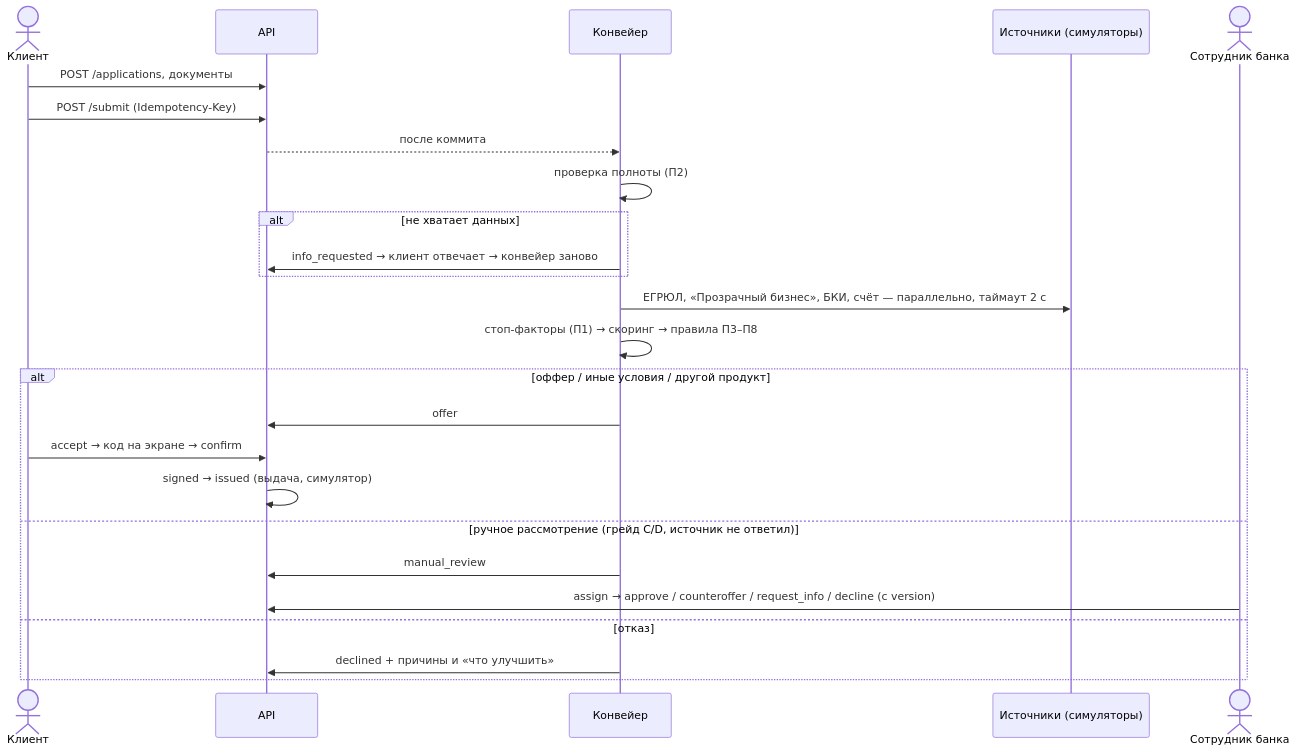
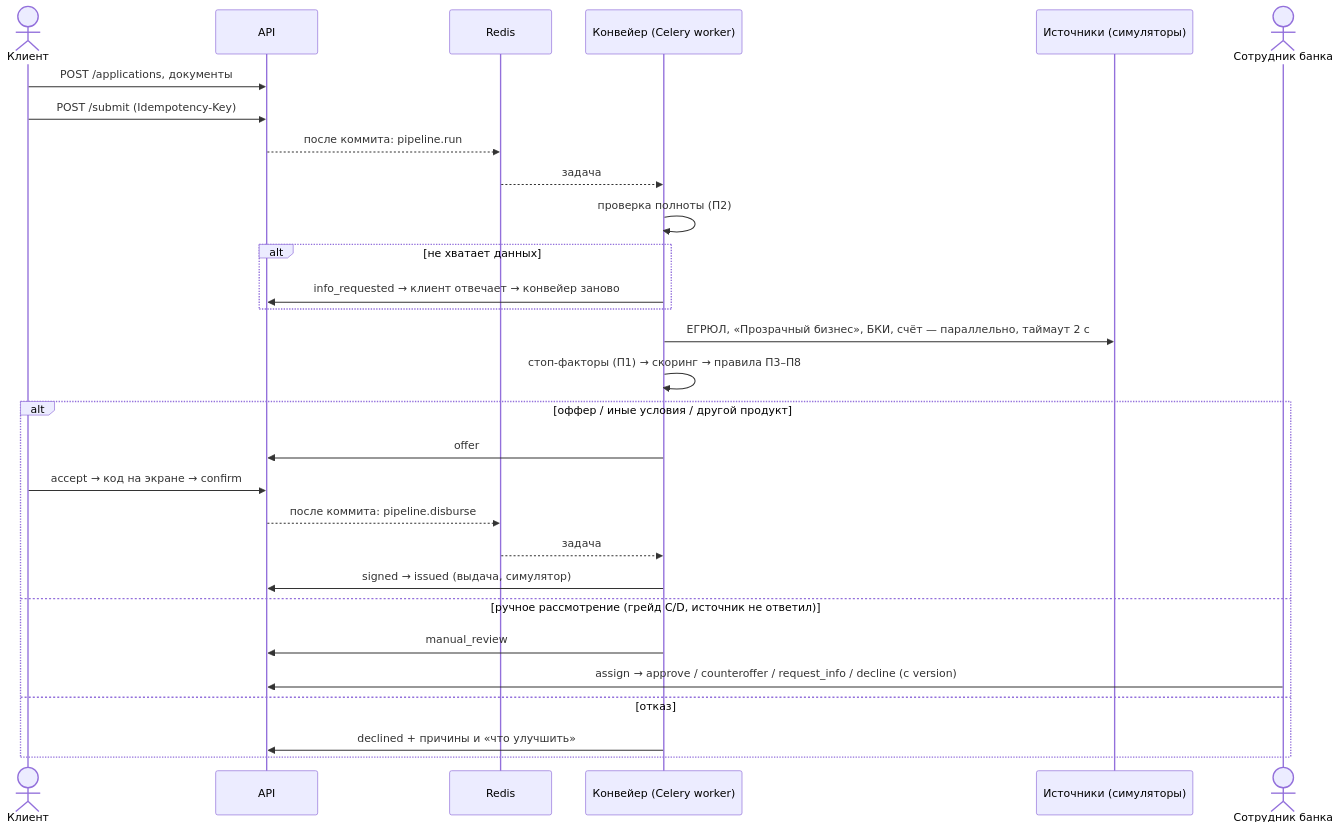
Before and after one commit to korol1dorogi/AFFASHPAK: the third of 4 diagrams in docs/architecture.md, drawn with Mermaid. The commit also changed other lines of this file, not shown here.

Commit message:
architecture.md: worker and Redis in the diagrams, the pipeline decision updated (OPS4)

````diff
--- a/docs/architecture.md
+++ b/docs/architecture.md
@@ -85,27 +92,31 @@
 ```mermaid
 sequenceDiagram
     actor C as Клиент
     participant A as API
-    participant P as Конвейер
+    participant R as Redis
+    participant P as Конвейер (Celery worker)
     participant S as Источники (симуляторы)
     actor B as Сотрудник банка
     C->>A: POST /applications, документы
     C->>A: POST /submit (Idempotency-Key)
-    A-->>P: после коммита
+    A-->>R: после коммита: pipeline.run
+    R-->>P: задача
     P->>P: проверка полноты (П2)
     alt не хватает данных
         P->>A: info_requested → клиент отвечает → конвейер заново
     end
     P->>S: ЕГРЮЛ, «Прозрачный бизнес», БКИ, счёт — параллельно, таймаут 2 с
     P->>P: стоп-факторы (П1) → скоринг → правила П3–П8
     alt оффер / иные условия / другой продукт
         P->>A: offer
         C->>A: accept → код на экране → confirm
-        A->>A: signed → issued (выдача, симулятор)
+        A-->>R: после коммита: pipeline.disburse
+        R-->>P: задача
+        P->>A: signed → issued (выдача, симулятор)
     else ручное рассмотрение (грейд C/D, источник не ответил)
         P->>A: manual_review
         B->>A: assign → approve / counteroffer / request_info / decline (с version)
     else отказ
         P->>A: declined + причины и «что улучшить»
     end
 ```
````
